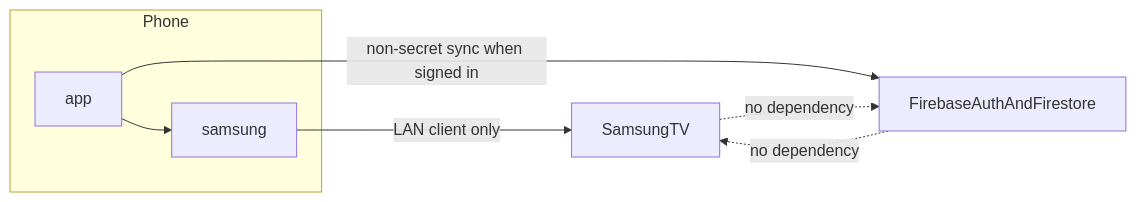
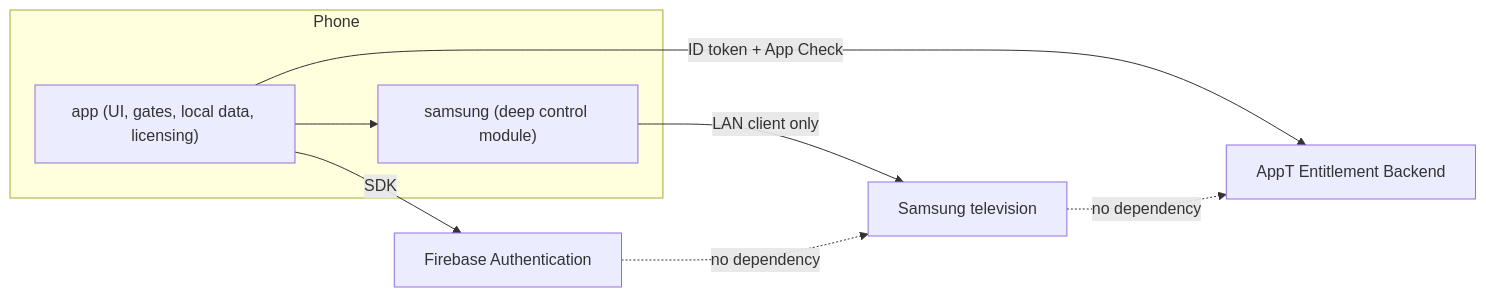
Before and after one commit to anthracite-labs/AppT: the first of 2 diagrams in docs/architecture/modules.md, drawn with Mermaid. The commit also changed other lines of this file and 22 other files, not shown here.

First line of the commit message:
Complete V1 architecture closure and rebuild implementation slice map

````diff
--- a/docs/architecture/modules.md
+++ b/docs/architecture/modules.md
@@ -22,14 +25,16 @@
 ```mermaid
 flowchart LR
   subgraph phone [Phone]
-    appMod[app]
-    samsungMod[samsung]
+    appMod["app (UI, gates, local data, licensing)"]
+    samsungMod["samsung (deep control module)"]
     appMod --> samsungMod
   end
-  tv[SamsungTV]
-  cloud[FirebaseAuthAndFirestore]
-  samsungMod -->|LAN client only| tv
-  appMod -->|non-secret sync when signed in| cloud
-  tv -.->|no dependency| cloud
-  cloud -.->|no dependency| tv
+  tv["Samsung television"]
+  auth["Firebase Authentication"]
+  fn["AppT Entitlement Backend"]
+  samsungMod -->|"LAN client only"| tv
+  appMod -->|"ID token + App Check"| fn
+  appMod -->|"SDK"| auth
+  tv -.->|"no dependency"| fn
+  auth -.->|"no dependency"| tv
 ```
````
